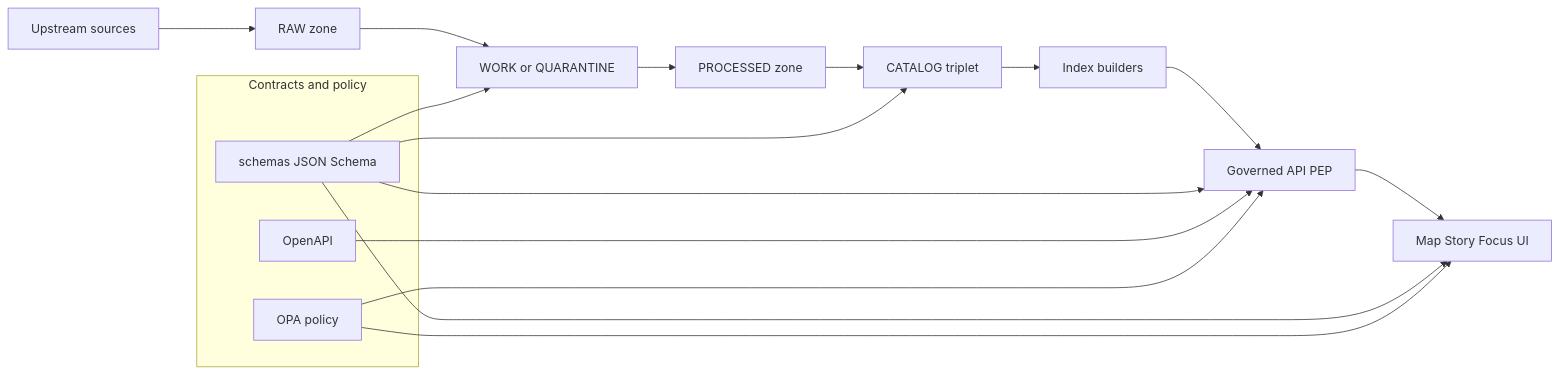
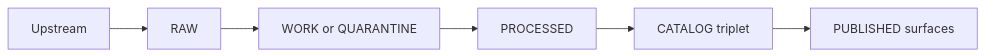
Before and after one commit to bartytime4life/Kansas-Frontier-Matrix: the first of 3 diagrams in schemas/README.md, drawn with Mermaid. The commit also changed other lines of this file, not shown here.

First line of the commit message:
Update README.md for schemas versioning and clarity

````diff
--- a/schemas/README.md
+++ b/schemas/README.md
@@ -82,24 +95,8 @@
 ```mermaid
 flowchart LR
-  Upstream[Upstream sources] --> RAW[RAW zone]
+  U[Upstream] --> RAW[RAW]
   RAW --> WORK[WORK or QUARANTINE]
-  WORK --> PROCESSED[PROCESSED zone]
-  PROCESSED --> TRIPLET[CATALOG triplet]
-  TRIPLET --> INDEX[Index builders]
-  INDEX --> PEP[Governed API PEP]
-  PEP --> UI[Map Story Focus UI]
-
-  subgraph Contracts and policy
-    JS[schemas JSON Schema]
-    OA[OpenAPI]
-    OPA[OPA policy]
-  end
-
-  JS --> WORK
-  JS --> TRIPLET
-  JS --> PEP
-  JS --> UI
-  OA --> PEP
-  OPA --> PEP
-  OPA --> UI
+  WORK --> PROC[PROCESSED]
+  PROC --> CAT[CATALOG triplet]
+  CAT --> PUB[PUBLISHED surfaces]
 ```
````
